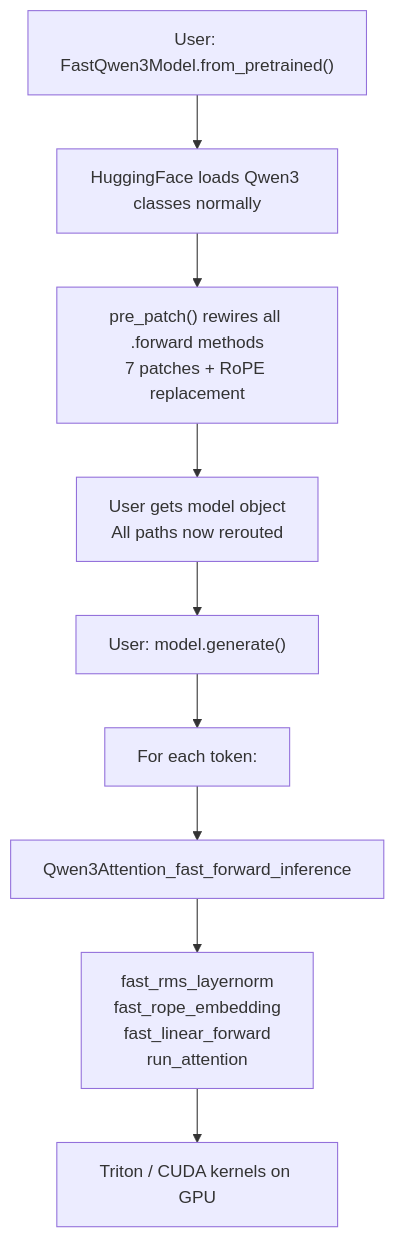
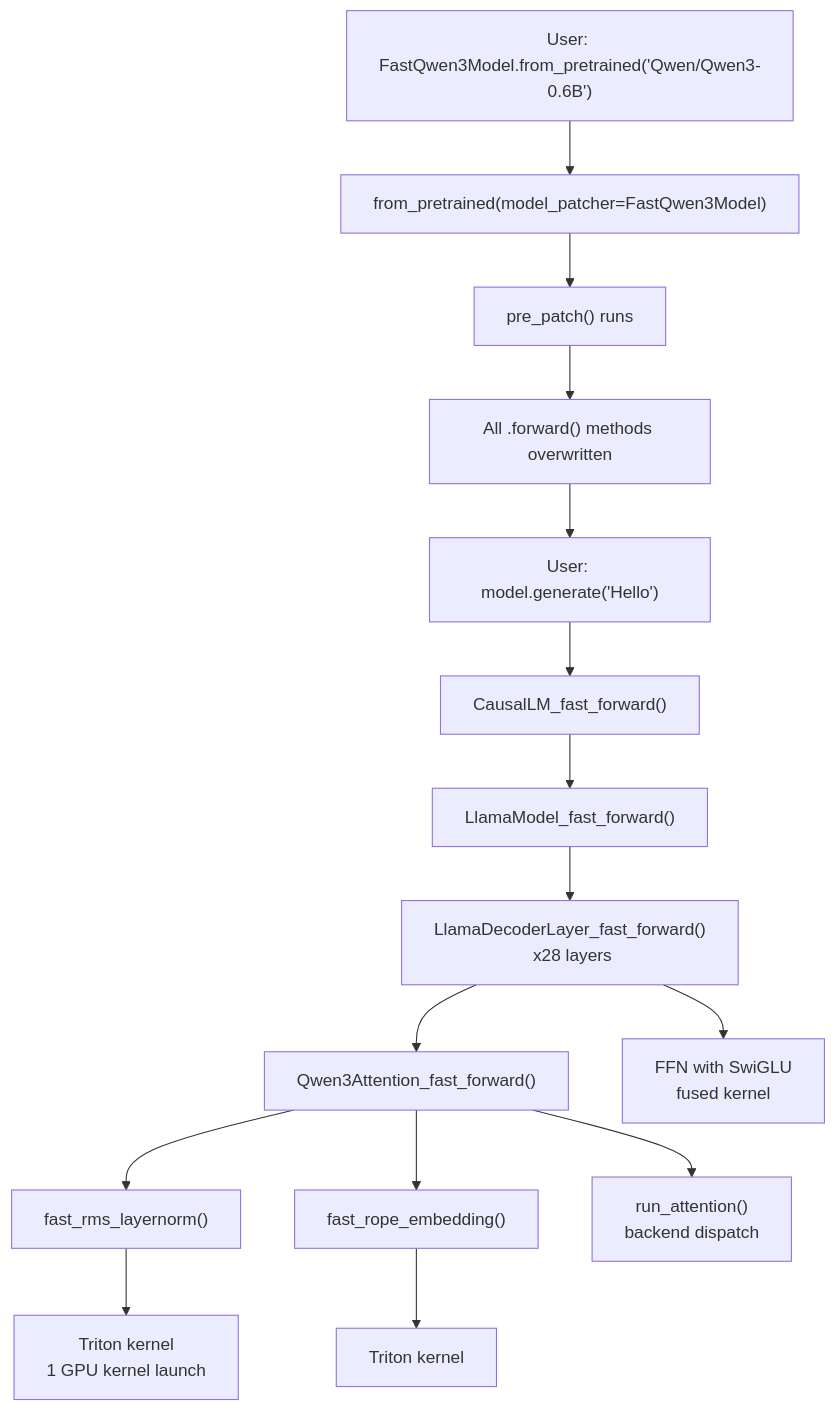
One commit to thefirehacker/firstbreakai changed the sixth of 6 diagrams in project-watch/unsloth-monkey-patching.qmd. Above: the diagram before and after it, drawn with Mermaid. The commit also changed other lines of this file and 9 other files, not shown here.

````diff
--- a/project-watch/unsloth-monkey-patching.qmd
+++ b/project-watch/unsloth-monkey-patching.qmd
@@ -616,11 +673,17 @@
 ```{mermaid}
 flowchart TD
-    USER["User: FastQwen3Model.from_pretrained()"] --> LOAD["HuggingFace loads Qwen3 classes normally"]
-    LOAD --> PATCH["pre_patch() rewires all .forward methods<br>7 patches + RoPE replacement"]
-    PATCH --> RETURN["User gets model object<br>All paths now rerouted"]
-    RETURN --> GEN["User: model.generate()"]
-    GEN --> DECODE["For each token:"]
-    DECODE --> FAST["Qwen3Attention_fast_forward_inference"]
-    FAST --> KERNELS["fast_rms_layernorm<br>fast_rope_embedding<br>fast_linear_forward<br>run_attention"]
-    KERNELS --> GPU["Triton / CUDA kernels on GPU"]
+    U["User: FastQwen3Model.from_pretrained('Qwen/Qwen3-0.6B')"] --> FP["from_pretrained(model_patcher=FastQwen3Model)"]
+    FP --> PP["pre_patch() runs"]
+    PP --> PATCH["All .forward() methods overwritten"]
+    PATCH --> GEN["User: model.generate('Hello')"]
+    GEN --> CLM["CausalLM_fast_forward()"]
+    CLM --> MOD["LlamaModel_fast_forward()"]
+    MOD --> DEC["LlamaDecoderLayer_fast_forward()\n x28 layers"]
+    DEC --> ATT["Qwen3Attention_fast_forward()"]
+    ATT --> RMS["fast_rms_layernorm()"]
+    RMS --> TRITON["Triton kernel\n1 GPU kernel launch"]
+    ATT --> ROPE["fast_rope_embedding()"]
+    ROPE --> TRITON2["Triton kernel"]
+    ATT --> ATTN["run_attention()\nbackend dispatch"]
+    DEC --> FFN["FFN with SwiGLU\nfused kernel"]
 ```
````
